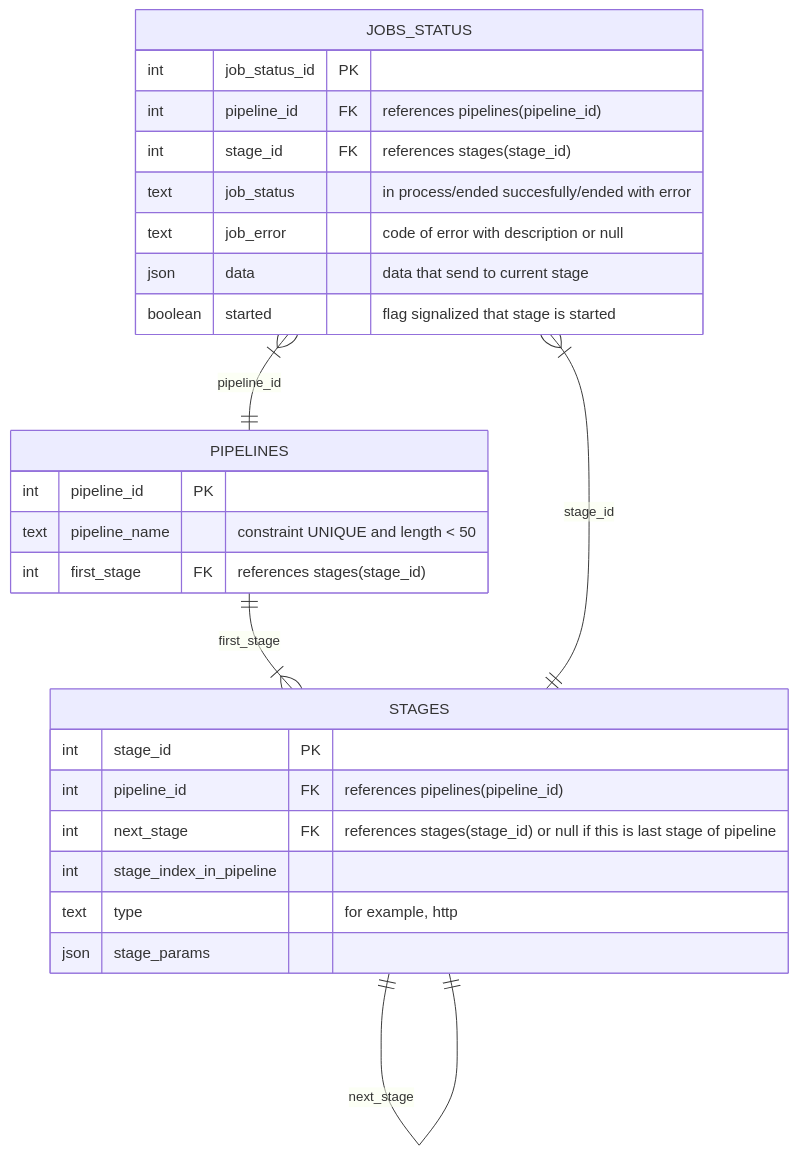
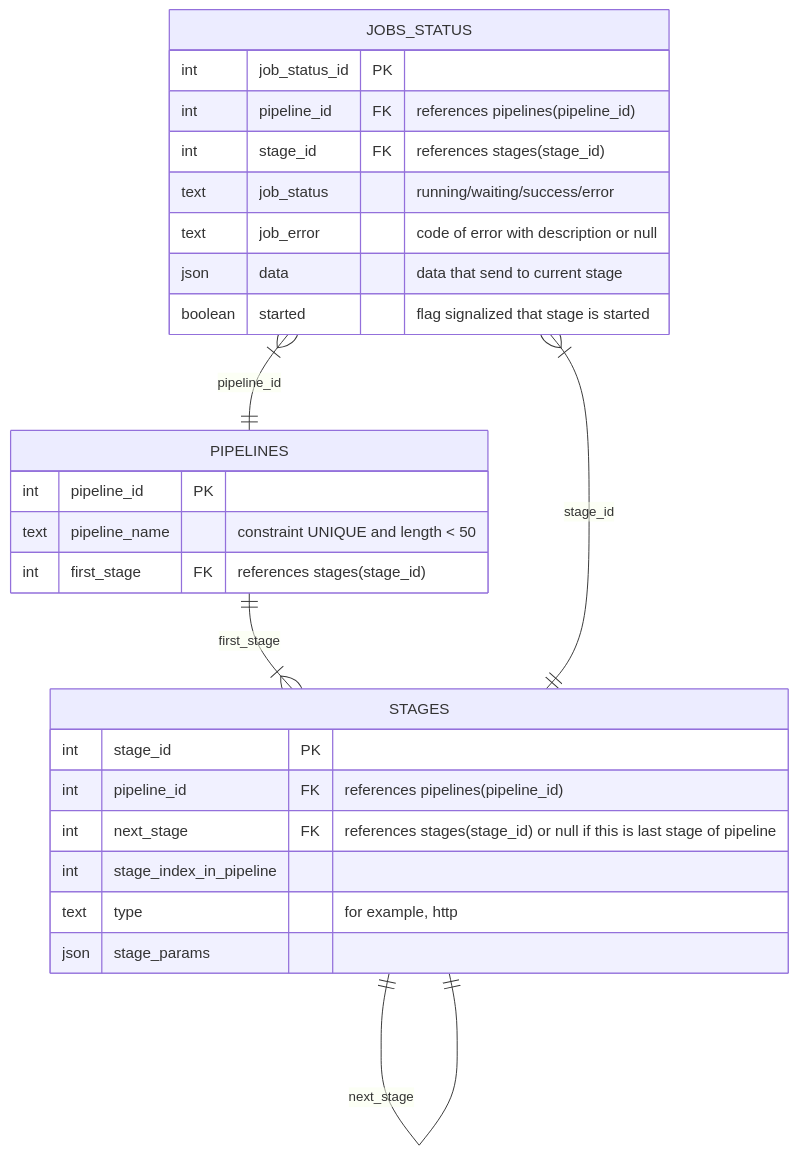
The fifth of 5 diagrams in pipeline.md (Jwostik/FastAPI), drawn with Mermaid before and after one commit.

````diff
--- a/pipeline.md
+++ b/pipeline.md
@@ -107,33 +107,33 @@
 ```mermaid
 erDiagram
     PIPELINES {
         int pipeline_id PK
         text pipeline_name "constraint UNIQUE and length < 50"
         int first_stage FK "references stages(stage_id)"
     }
     
     STAGES {
         int stage_id PK
         int pipeline_id FK "references pipelines(pipeline_id)"
         int next_stage FK "references stages(stage_id) or null if this is last stage of pipeline"
         int stage_index_in_pipeline
         text type "for example, http"
         json stage_params 
     }
 
     JOBS_STATUS {
         int job_status_id PK
         int pipeline_id FK "references pipelines(pipeline_id)"
         int stage_id FK "references stages(stage_id)"
-        text job_status "in process/ended succesfully/ended with error"
+        text job_status "running/waiting/success/error"
         text job_error "code of error with description or null"
         json data "data that send to current stage"
         boolean started "flag signalized that stage is started"
     }
 
     PIPELINES ||--|{ STAGES : first_stage
     STAGES ||--|| STAGES : next_stage
     JOBS_STATUS }|--|| STAGES : stage_id
     JOBS_STATUS }|--|| PIPELINES : pipeline_id
     
 ```
````
